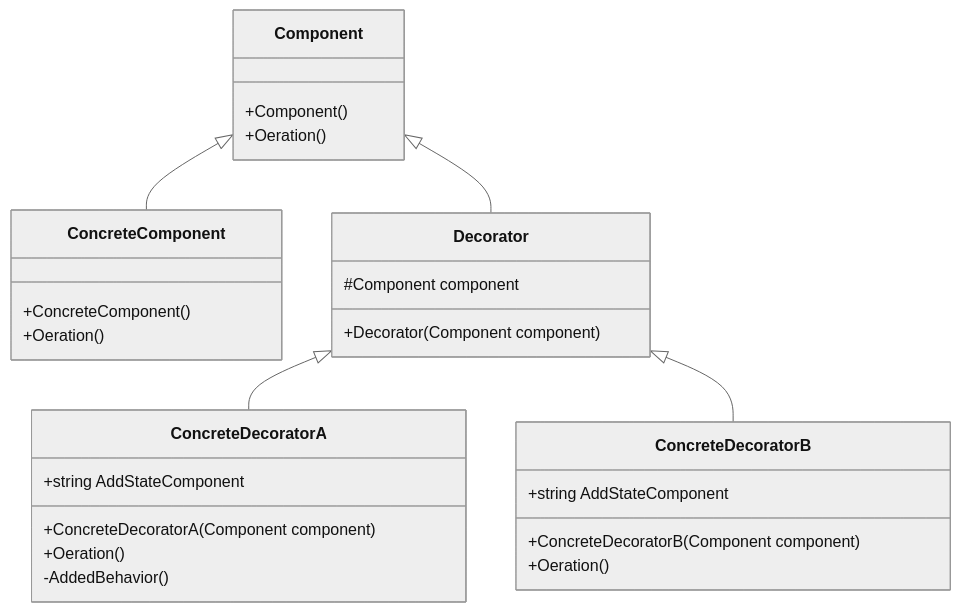
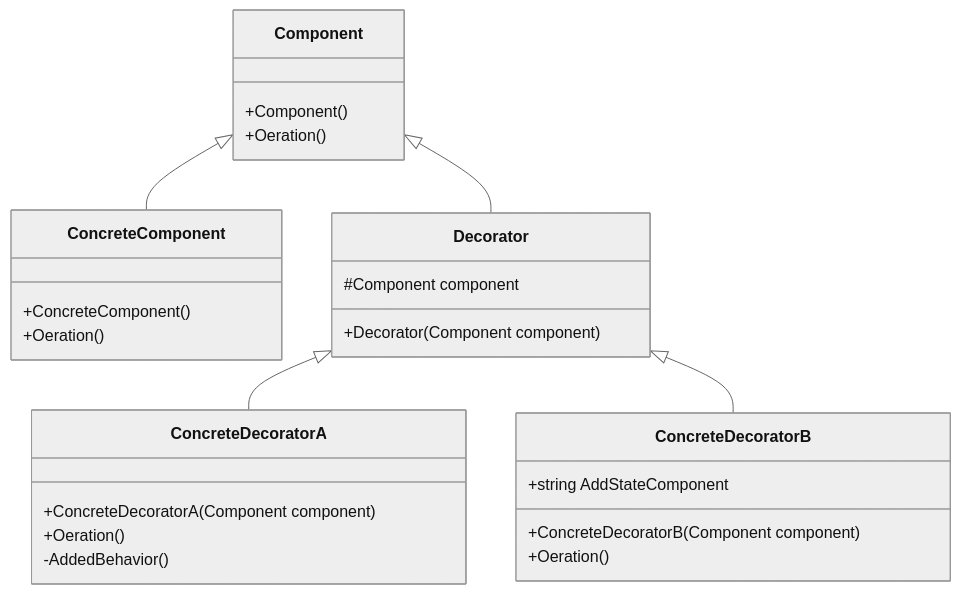
One commit to thunderstormwang/CodingNote changed the diagram in design_pattern/decorator.md. Above: the diagram before and after it, drawn with Mermaid (neutral theme). The commit also changed 9 other files, not shown here.

````diff
--- a/design_pattern/decorator.md
+++ b/design_pattern/decorator.md
@@ -4,35 +4,34 @@
 ```mermaid
 classDiagram
 class Component {
     +Component()
     +Oeration()
 }
 
 class ConcreteComponent {
     +ConcreteComponent()
     +Oeration()
 }
 
 class Decorator {
     #Component component
     +Decorator(Component component)
 }
 
 class ConcreteDecoratorA {
-    +string AddStateComponent
     +ConcreteDecoratorA(Component component)
     +Oeration()
     -AddedBehavior()
 }
 
 class ConcreteDecoratorB {
     +string AddStateComponent
     +ConcreteDecoratorB(Component component)
     +Oeration()
 }
 
 Component <|-- ConcreteComponent
 Component <|-- Decorator
 Decorator <|-- ConcreteDecoratorA
 Decorator <|-- ConcreteDecoratorB
 ```
````
